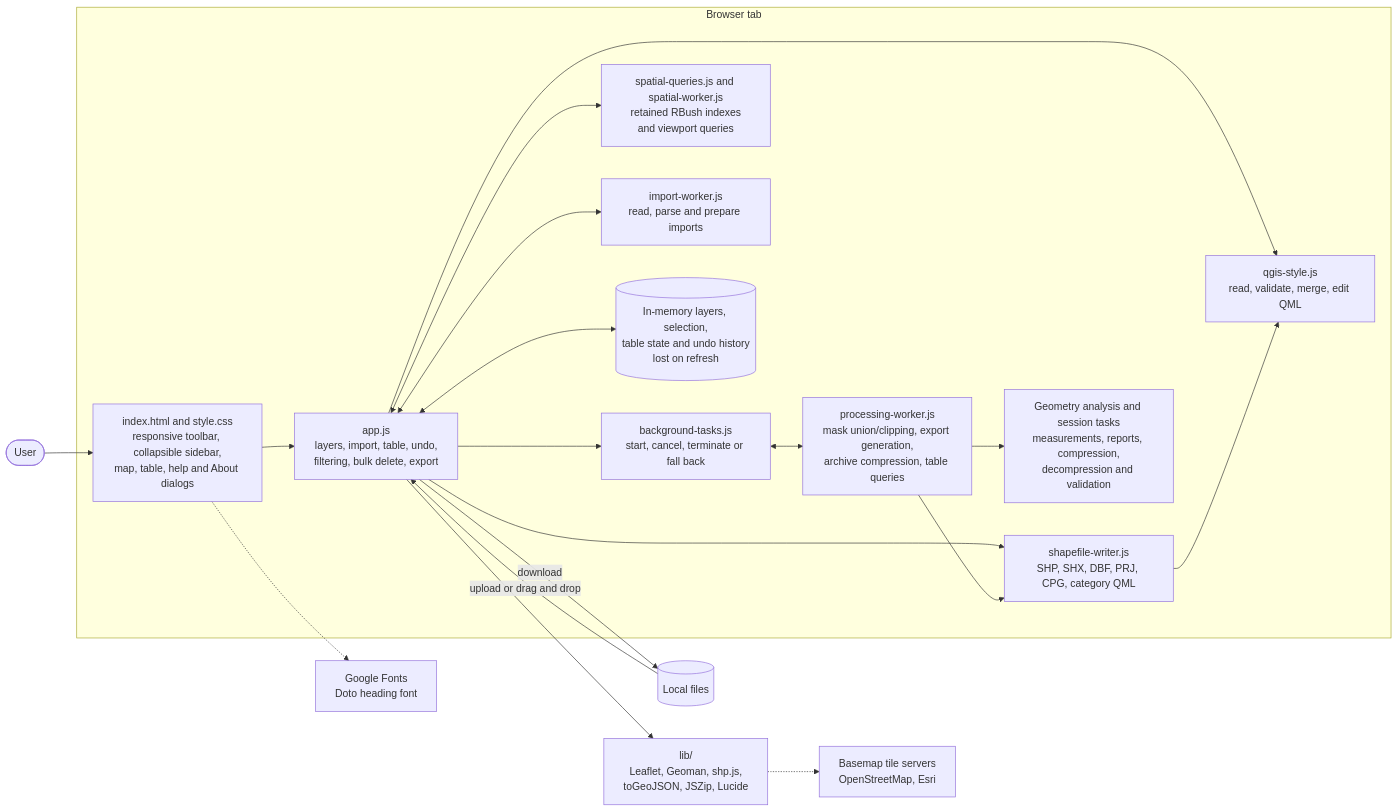
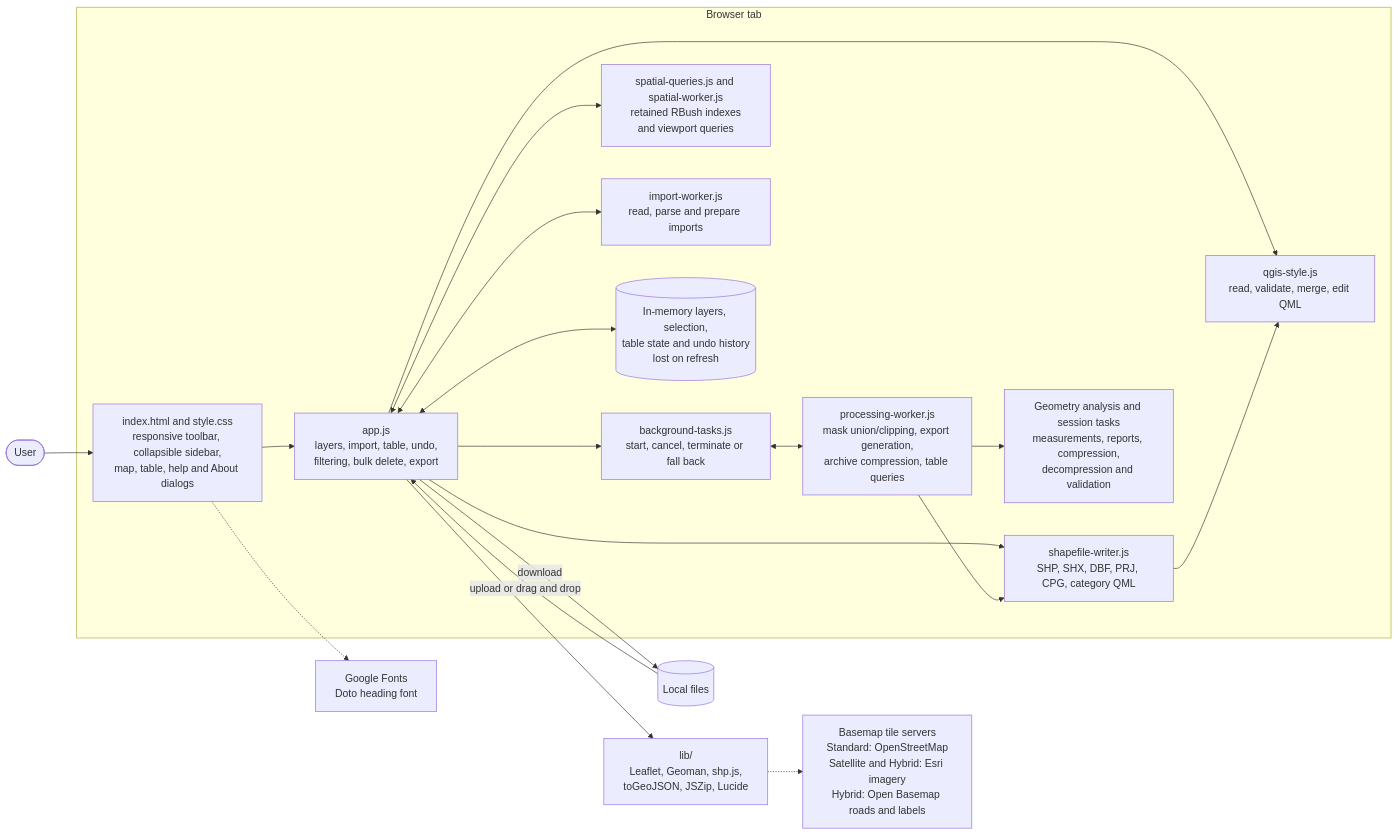
Before and after one commit to telstra-joseph/geoeditor: the first of 10 diagrams in FLOWCHART.md, drawn with Mermaid. The commit also changed 13 other files, not shown here.

First line of the commit message:
Add Hybrid basemap and compact preview selector

````diff
--- a/FLOWCHART.md
+++ b/FLOWCHART.md
@@ -13,40 +13,40 @@
 ```mermaid
 flowchart LR
     User(["User"])
 
     subgraph Browser["Browser tab"]
         UI["index.html and style.css<br/>responsive toolbar, collapsible sidebar,<br/>map, table, help and About dialogs"]
         App["app.js<br/>layers, import, table, undo,<br/>filtering, bulk delete, export"]
         Writer["shapefile-writer.js<br/>SHP, SHX, DBF, PRJ, CPG, category QML"]
         Style["qgis-style.js<br/>read, validate, merge, edit QML"]
         Tasks["background-tasks.js<br/>start, cancel, terminate or fall back"]
         Processing["processing-worker.js<br/>mask union/clipping, export generation,<br/>archive compression, table queries"]
         AnalysisSession["Geometry analysis and session tasks<br/>measurements, reports, compression,<br/>decompression and validation"]
         Spatial["spatial-queries.js and spatial-worker.js<br/>retained RBush indexes<br/>and viewport queries"]
         ImportWorker["import-worker.js<br/>read, parse and prepare imports"]
         State[("In-memory layers, selection,<br/>table state and undo history<br/>lost on refresh")]
     end
 
     Libs["lib/<br/>Leaflet, Geoman, shp.js,<br/>toGeoJSON, JSZip, Lucide"]
-    Tiles["Basemap tile servers<br/>OpenStreetMap, Esri"]
+    Tiles["Basemap tile servers<br/>Standard: OpenStreetMap<br/>Satellite and Hybrid: Esri imagery<br/>Hybrid: Open Basemap roads and labels"]
     Fonts["Google Fonts<br/>Doto heading font"]
     Files[("Local files")]
 
     User --> UI
     UI --> App
     App <--> State
     App --> Writer
     App --> Style
     App --> Tasks
     Tasks <--> Processing
     Processing --> AnalysisSession
     App <--> Spatial
     App <--> ImportWorker
     Processing --> Writer
     Writer --> Style
     App --> Libs
     Libs -.-> Tiles
     UI -.-> Fonts
     Files -->|"upload or drag and drop"| App
     App -->|"download"| Files
 ```
````
